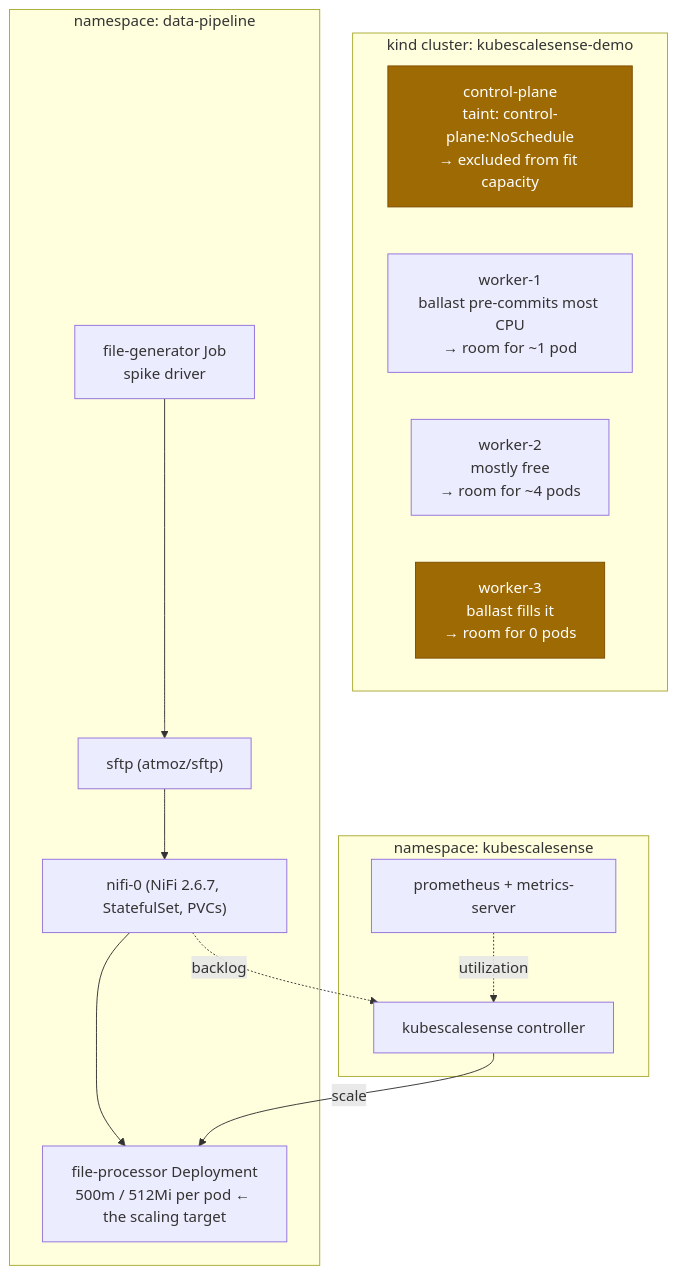
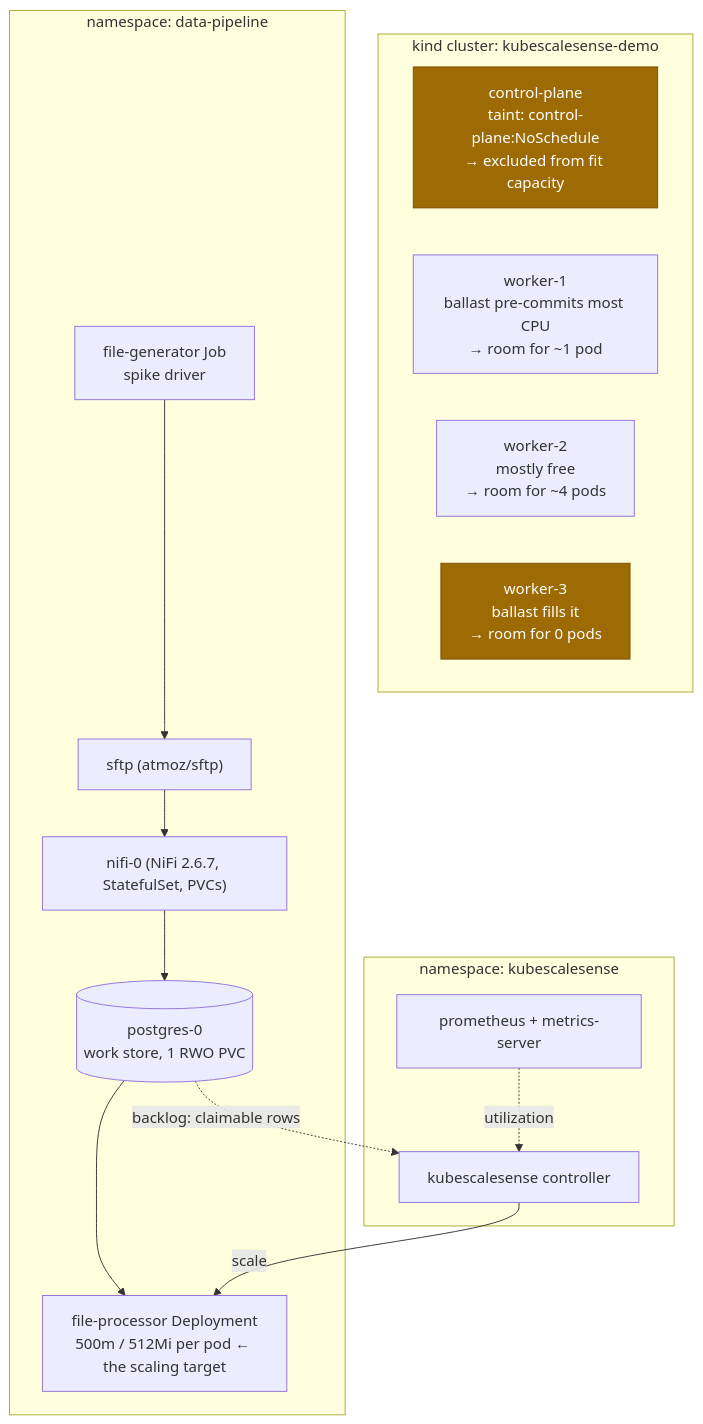
One commit to jensilin/KubeScaleSense changed the second of 3 diagrams in docs/test-plan.md. Above: the diagram before and after it, drawn with Mermaid. The commit also changed other lines of this file and 6 other files, not shown here.

First line of the commit message:
docs: Phase 1 architecture closure - durable work store and open questions

````diff
--- a/docs/test-plan.md
+++ b/docs/test-plan.md
@@ -182,29 +196,30 @@
 ```mermaid
 flowchart TB
     subgraph KIND["kind cluster: kubescalesense-demo"]
         CP["control-plane<br/>taint: control-plane:NoSchedule<br/>→ excluded from fit capacity"]
         W1["worker-1<br/>ballast pre-commits most CPU<br/>→ room for ~1 pod"]
         W2["worker-2<br/>mostly free<br/>→ room for ~4 pods"]
         W3["worker-3<br/>ballast fills it<br/>→ room for 0 pods"]
     end
 
     subgraph NS["namespace: data-pipeline"]
         SFTP["sftp (atmoz/sftp)"]
         NIFI["nifi-0 (NiFi 2.6.7, StatefulSet, PVCs)"]
+        PG[("postgres-0<br/>work store, 1 RWO PVC")]
         PROC["file-processor Deployment<br/>500m / 512Mi per pod ← the scaling target"]
         GEN["file-generator Job<br/>spike driver"]
     end
 
     subgraph KSSNS["namespace: kubescalesense"]
         KSS["kubescalesense controller"]
         PROM["prometheus + metrics-server"]
     end
 
-    GEN --> SFTP --> NIFI --> PROC
+    GEN --> SFTP --> NIFI --> PG --> PROC
     KSS -->|scale| PROC
-    NIFI -.->|backlog| KSS
+    PG -.->|"backlog: claimable rows"| KSS
     PROM -.->|utilization| KSS
 
     classDef full fill:#9e6a03,color:#fff,stroke:#7d4e00
     class W3,CP full
 ```
````
